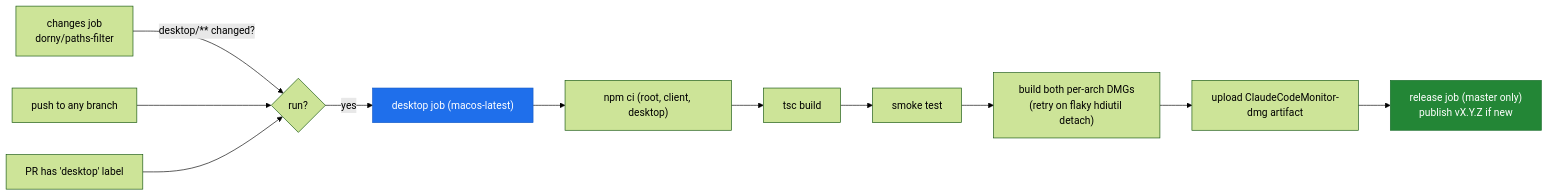
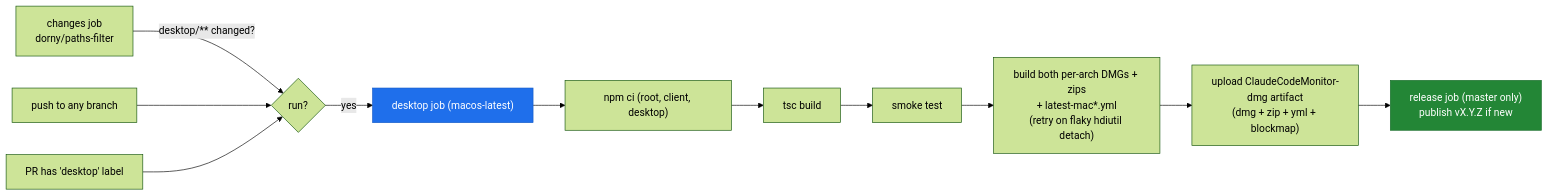
One commit to buluma/Code-Agent-Monitor changed diagram 14 of 15 in desktop/README.md. Above: the diagram before and after it, drawn with Mermaid (forest theme). The commit also changed other lines of this file and 12 other files, not shown here.

````diff
--- a/desktop/README.md
+++ b/desktop/README.md
@@ -664,16 +730,16 @@
 ```mermaid
 flowchart LR
     ch["changes job<br/>dorny/paths-filter"] -->|"desktop/** changed?"| gate{run?}
     push["push to any branch"] --> gate
     label["PR has 'desktop' label"] --> gate
     gate -->|yes| job["desktop job (macos-latest)"]
     job --> j1["npm ci (root, client, desktop)"]
     j1 --> j2["tsc build"]
     j2 --> j3["smoke test"]
-    j3 --> j4["build both per-arch DMGs<br/>(retry on flaky hdiutil detach)"]
-    j4 --> j5["upload ClaudeCodeMonitor-dmg artifact"]
+    j3 --> j4["build both per-arch DMGs + zips<br/>+ latest-mac*.yml<br/>(retry on flaky hdiutil detach)"]
+    j4 --> j5["upload ClaudeCodeMonitor-dmg artifact<br/>(dmg + zip + yml + blockmap)"]
     j5 --> rel["release job (master only)<br/>publish vX.Y.Z if new"]
 
     style job fill:#1f6feb,stroke:#1158c7,color:#fff
     style rel fill:#238636,stroke:#1a6e2c,color:#fff
 ```
````
